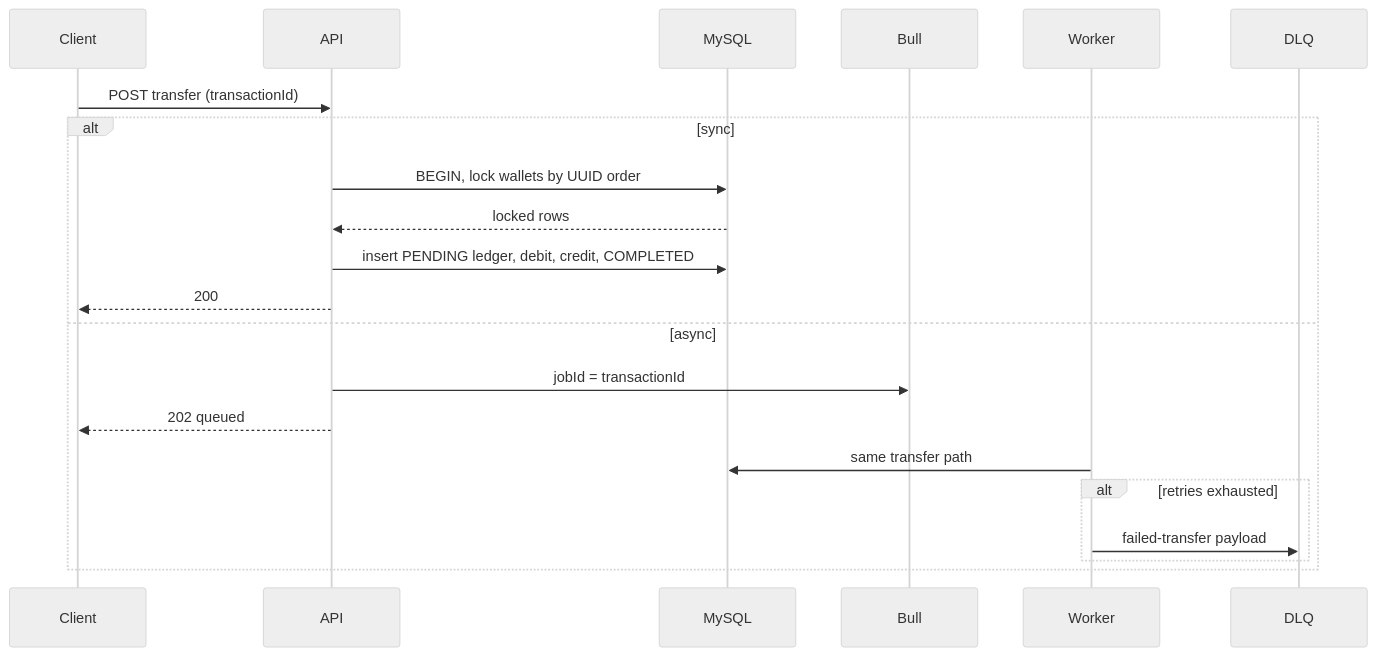
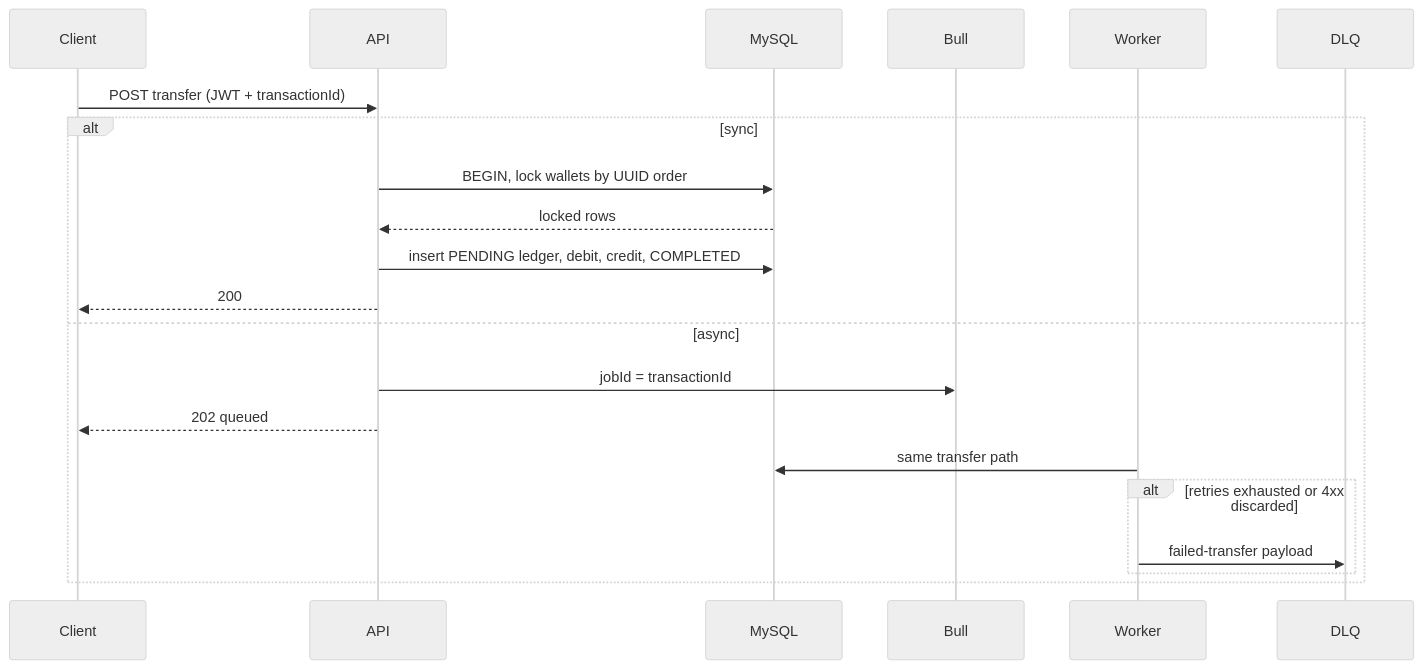
The diagram in ARCHITECTURE.md (eunicegigijacob/Pactis-wallet), drawn with Mermaid (neutral theme) before and after one commit. The commit also changed other lines of this file and 56 other files, not shown here.

````diff
--- a/ARCHITECTURE.md
+++ b/ARCHITECTURE.md
@@ -9,24 +96,24 @@
 ```mermaid
 sequenceDiagram
   participant Client
   participant API
   participant MySQL
   participant Bull
   participant Worker
   participant DLQ
 
-  Client->>API: POST transfer (transactionId)
+  Client->>API: POST transfer (JWT + transactionId)
   alt sync
     API->>MySQL: BEGIN, lock wallets by UUID order
     MySQL-->>API: locked rows
     API->>MySQL: insert PENDING ledger, debit, credit, COMPLETED
     API-->>Client: 200
   else async
     API->>Bull: jobId = transactionId
     API-->>Client: 202 queued
     Worker->>MySQL: same transfer path
-    alt retries exhausted
+    alt retries exhausted or 4xx discarded
       Worker->>DLQ: failed-transfer payload
     end
   end
 ```
````
